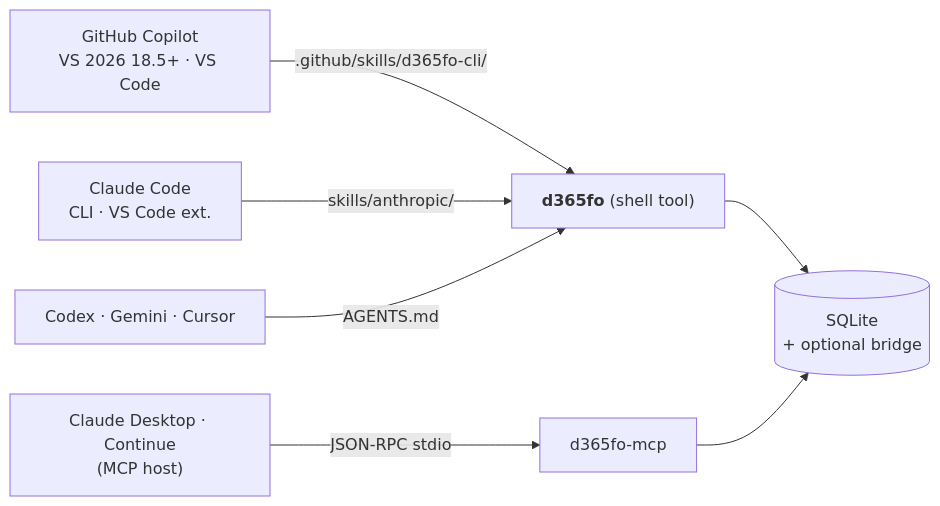
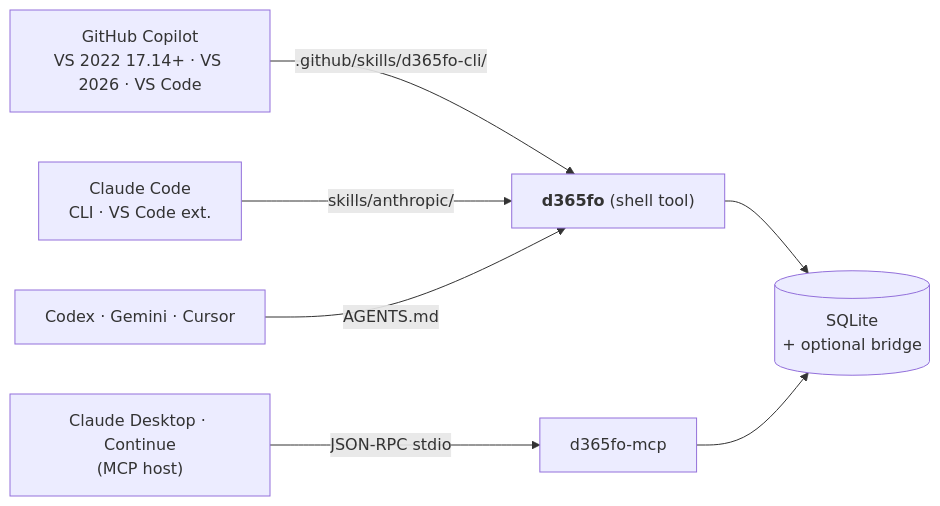
The second of 2 diagrams in docs/SETUP.md (dynamics365ninja/d365fo-cli), drawn with Mermaid before and after one commit. The commit also changed other lines of this file and 5 other files, not shown here.

First line of the commit message:
docs(copilot): VS 2022 does read .github/skills/ (#205)

````diff
--- a/docs/SETUP.md
+++ b/docs/SETUP.md
@@ -178,9 +178,9 @@
 ```mermaid
 flowchart LR
-    Cop["GitHub Copilot<br/>VS 2026 18.5+ · VS Code"] -->|.github/skills/d365fo-cli/| Bin
+    Cop["GitHub Copilot<br/>VS 2022 17.14+ · VS 2026 · VS Code"] -->|.github/skills/d365fo-cli/| Bin
     Cla["Claude Code<br/>CLI · VS Code ext."]     -->|skills/anthropic/| Bin
     Other["Codex · Gemini · Cursor"]              -->|AGENTS.md| Bin
     Mcp["Claude Desktop · Continue<br/>(MCP host)"] -->|JSON-RPC stdio| Mbin["d365fo-mcp"]
     Bin["<b>d365fo</b> (shell tool)"] --> Idx[("SQLite<br/>+ optional bridge")]
     Mbin --> Idx
 ```
````
